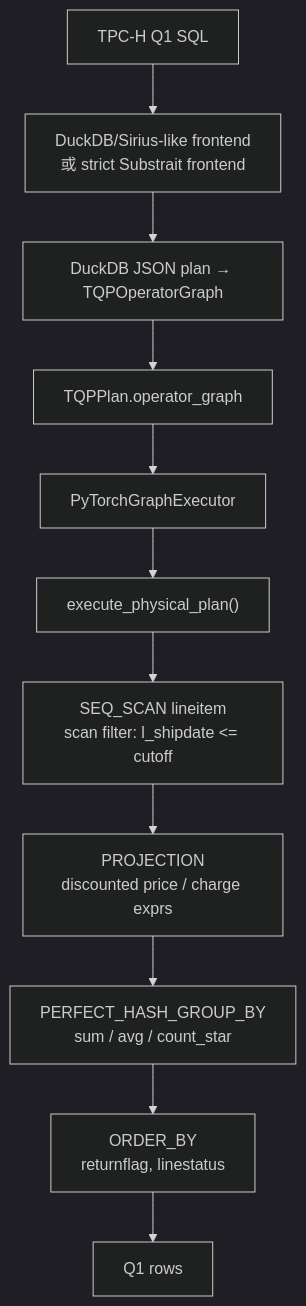
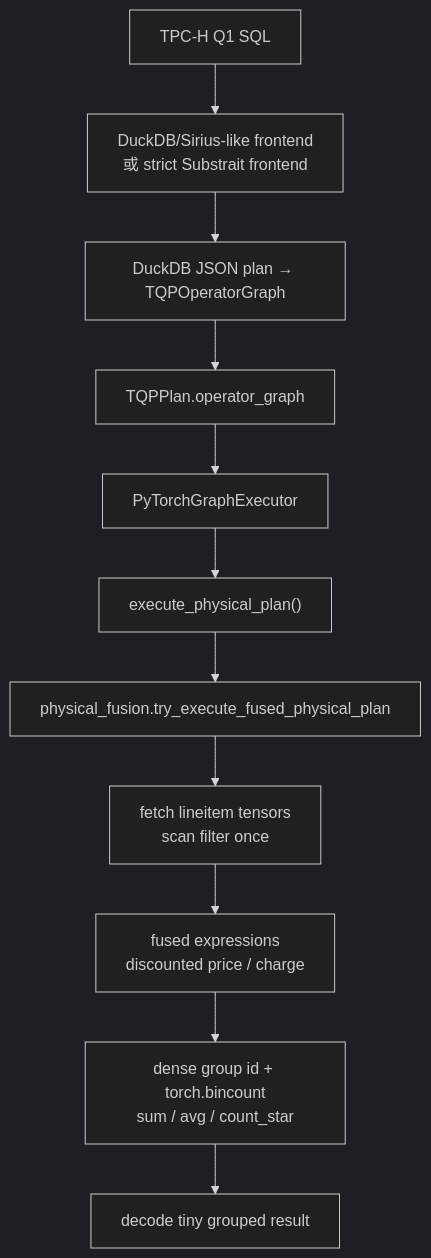
The second of 2 diagrams in README.md (liuweibupt/torch-query-gpu), drawn with Mermaid (dark theme) before and after one commit. The commit also changed other lines of this file and 4 other files, not shown here.

Commit message:
docs: record q1 fusion and physical coverage

````diff
--- a/README.md
+++ b/README.md
@@ -67,13 +68,13 @@
 ```mermaid
 flowchart TD
     Q1SQL["TPC-H Q1 SQL"] --> Frontend["DuckDB/Sirius-like frontend<br/>或 strict Substrait frontend"]
     Frontend --> Graph["DuckDB JSON plan → TQPOperatorGraph"]
     Graph --> Plan["TQPPlan.operator_graph"]
     Plan --> Backend["PyTorchGraphExecutor"]
     Backend --> Physical["execute_physical_plan()"]
-    Physical --> Scan["SEQ_SCAN lineitem<br/>scan filter: l_shipdate <= cutoff"]
-    Scan --> Project["PROJECTION<br/>discounted price / charge exprs"]
-    Project --> Group["PERFECT_HASH_GROUP_BY<br/>sum / avg / count_star"]
-    Group --> Order["ORDER_BY<br/>returnflag, linestatus"]
-    Order --> Rows["Q1 rows"]
+    Physical --> Fusion["physical_fusion.try_execute_fused_physical_plan"]
+    Fusion --> Scan["fetch lineitem tensors<br/>scan filter once"]
+    Scan --> Project["fused expressions<br/>discounted price / charge"]
+    Project --> Group["dense group id + torch.bincount<br/>sum / avg / count_star"]
+    Group --> Rows["decode tiny grouped result"]
 ```
````
